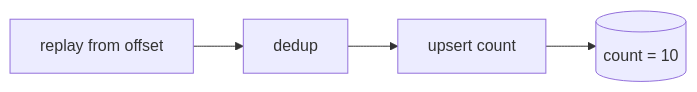
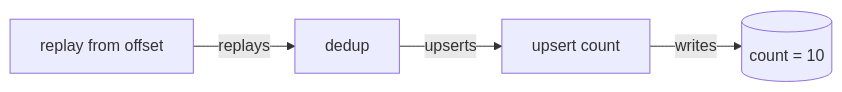
The tenth of 19 diagrams in docs/ch05-exactly-once-and-side-effects.md (vinayakuber/streaming-systems-study-guide), drawn with Mermaid before and after one commit. The commit also changed other lines of this file and 22 other files, not shown here.

First line of the commit message:
R18: label every diagram arrow with its meaning

````diff
--- a/docs/ch05-exactly-once-and-side-effects.md
+++ b/docs/ch05-exactly-once-and-side-effects.md
@@ -268,6 +268,6 @@
 ```mermaid
 flowchart LR
-  R["replay from offset"] --> D["dedup"]
-  D --> U["upsert count"]
-  U --> S[(count = 10)]
+  R["replay from offset"] -->|"replays"| D["dedup"]
+  D -->|"upserts"| U["upsert count"]
+  U -->|"writes"| S[(count = 10)]
 ```
````
